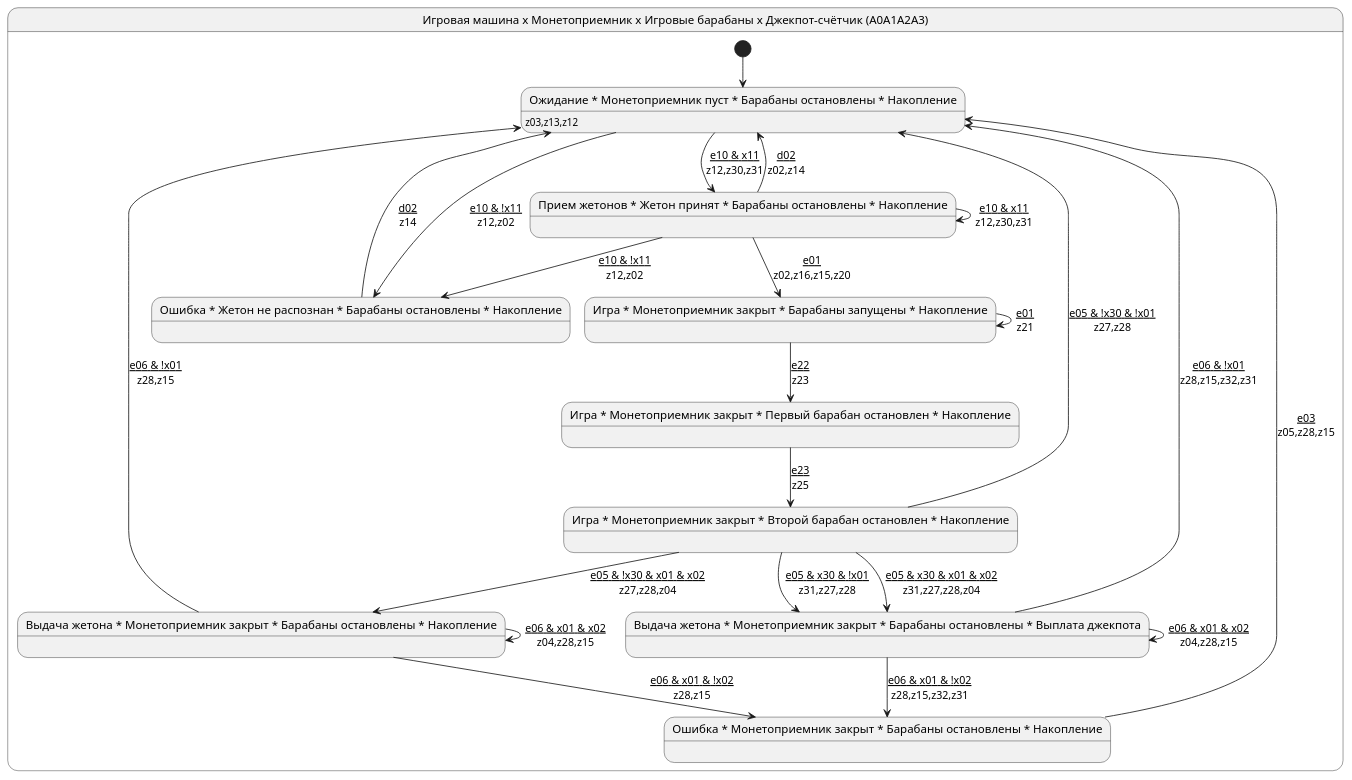
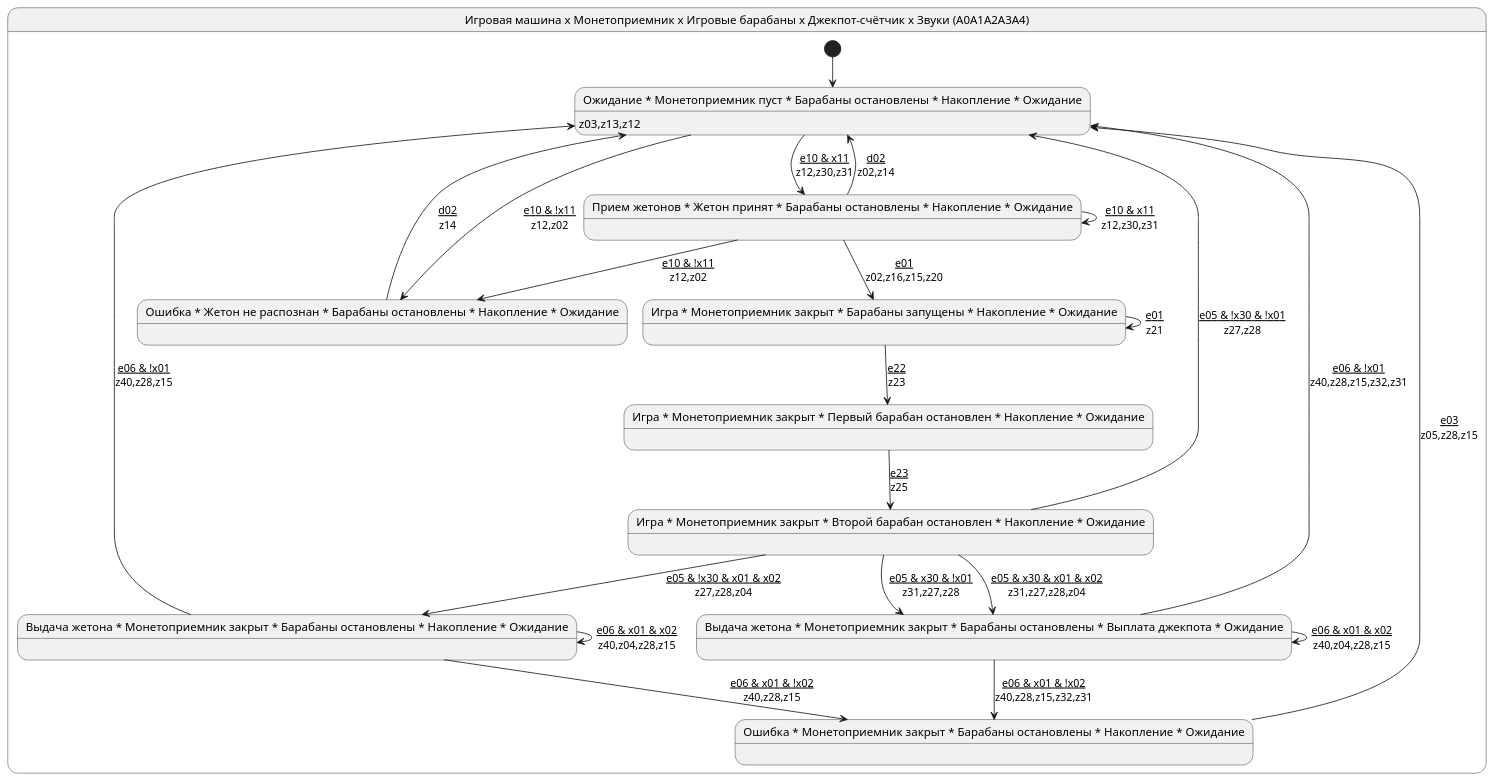
Before and after one commit to PhoenixNazarov/fsm-multiply: the diagram in articles/multiply_many_nested/puml/final.puml, drawn with PlantUML. The commit also changed 13 other files, not shown here.

First line of the commit message:
Regenerate article diagrams/tables/PDF for A4 and fixed nested toUML()

```diff
--- a/articles/multiply_many_nested/puml/final.puml
+++ b/articles/multiply_many_nested/puml/final.puml
@@ -1,36 +1,36 @@
 @startuml
 skinparam backgroundColor white
-state "Игровая машина x Монетоприемник x Игровые барабаны x Джекпот-счётчик (A0A1A2A3)" as A0A1A2A3 {
-    [*] --> A0A1A2A321
-    state "Ожидание * Монетоприемник пуст * Барабаны остановлены * Накопление" as A0A1A2A321 :  z03,z13,z12
-    state "Прием жетонов * Жетон принят * Барабаны остановлены * Накопление" as A0A1A2A35 :  
-    state "Ошибка * Жетон не распознан * Барабаны остановлены * Накопление" as A0A1A2A36 :  
-    state "Игра * Монетоприемник закрыт * Барабаны запущены * Накопление" as A0A1A2A39 :  
-    state "Игра * Монетоприемник закрыт * Первый барабан остановлен * Накопление" as A0A1A2A38 :  
-    state "Игра * Монетоприемник закрыт * Второй барабан остановлен * Накопление" as A0A1A2A310 :  
-    state "Выдача жетона * Монетоприемник закрыт * Барабаны остановлены * Выплата джекпота" as A0A1A2A315 :  
-    state "Выдача жетона * Монетоприемник закрыт * Барабаны остановлены * Накопление" as A0A1A2A318 :  
-    state "Ошибка * Монетоприемник закрыт * Барабаны остановлены * Накопление" as A0A1A2A319 :  
-    A0A1A2A321 --> A0A1A2A35 : <u>e10 & x11\nz12,z30,z31
-    A0A1A2A321 --> A0A1A2A36 : <u>e10 & !x11\nz12,z02
-    A0A1A2A35 --> A0A1A2A321 : <u>d02\nz02,z14
-    A0A1A2A35 --> A0A1A2A39 : <u>e01\nz02,z16,z15,z20
-    A0A1A2A35 --> A0A1A2A35 : <u>e10 & x11\nz12,z30,z31
-    A0A1A2A35 --> A0A1A2A36 : <u>e10 & !x11\nz12,z02
-    A0A1A2A36 --> A0A1A2A321 : <u>d02\nz14
-    A0A1A2A39 --> A0A1A2A38 : <u>e22\nz23
-    A0A1A2A39 --> A0A1A2A39 : <u>e01\nz21
-    A0A1A2A38 --> A0A1A2A310 : <u>e23\nz25
-    A0A1A2A310 --> A0A1A2A315 : <u>e05 & x30 & x01 & x02\nz31,z27,z28,z04
-    A0A1A2A310 --> A0A1A2A315 : <u>e05 & x30 & !x01\nz31,z27,z28
-    A0A1A2A310 --> A0A1A2A318 : <u>e05 & !x30 & x01 & x02\nz27,z28,z04
-    A0A1A2A310 --> A0A1A2A321 : <u>e05 & !x30 & !x01\nz27,z28
-    A0A1A2A315 --> A0A1A2A315 : <u>e06 & x01 & x02\nz04,z28,z15
-    A0A1A2A315 --> A0A1A2A319 : <u>e06 & x01 & !x02\nz28,z15,z32,z31
-    A0A1A2A315 --> A0A1A2A321 : <u>e06 & !x01\nz28,z15,z32,z31
-    A0A1A2A318 --> A0A1A2A318 : <u>e06 & x01 & x02\nz04,z28,z15
-    A0A1A2A318 --> A0A1A2A319 : <u>e06 & x01 & !x02\nz28,z15
-    A0A1A2A318 --> A0A1A2A321 : <u>e06 & !x01\nz28,z15
-    A0A1A2A319 --> A0A1A2A321 : <u>e03\nz05,z28,z15
+state "Игровая машина x Монетоприемник x Игровые барабаны x Джекпот-счётчик x Звуки (A0A1A2A3A4)" as A0A1A2A3A4 {
+    [*] --> A0A1A2A3A421
+    state "Ожидание * Монетоприемник пуст * Барабаны остановлены * Накопление * Ожидание" as A0A1A2A3A421 : <size:14>z03,z13,z12
+    state "Прием жетонов * Жетон принят * Барабаны остановлены * Накопление * Ожидание" as A0A1A2A3A45 : 
+    state "Ошибка * Жетон не распознан * Барабаны остановлены * Накопление * Ожидание" as A0A1A2A3A46 : 
+    state "Игра * Монетоприемник закрыт * Барабаны запущены * Накопление * Ожидание" as A0A1A2A3A49 : 
+    state "Игра * Монетоприемник закрыт * Первый барабан остановлен * Накопление * Ожидание" as A0A1A2A3A48 : 
+    state "Игра * Монетоприемник закрыт * Второй барабан остановлен * Накопление * Ожидание" as A0A1A2A3A410 : 
+    state "Выдача жетона * Монетоприемник закрыт * Барабаны остановлены * Выплата джекпота * Ожидание" as A0A1A2A3A415 : 
+    state "Выдача жетона * Монетоприемник закрыт * Барабаны остановлены * Накопление * Ожидание" as A0A1A2A3A418 : 
+    state "Ошибка * Монетоприемник закрыт * Барабаны остановлены * Накопление * Ожидание" as A0A1A2A3A419 : 
+    A0A1A2A3A421 --> A0A1A2A3A45 : <u>e10 & x11\nz12,z30,z31
+    A0A1A2A3A421 --> A0A1A2A3A46 : <u>e10 & !x11\nz12,z02
+    A0A1A2A3A45 --> A0A1A2A3A421 : <u>d02\nz02,z14
+    A0A1A2A3A45 --> A0A1A2A3A49 : <u>e01\nz02,z16,z15,z20
+    A0A1A2A3A45 --> A0A1A2A3A45 : <u>e10 & x11\nz12,z30,z31
+    A0A1A2A3A45 --> A0A1A2A3A46 : <u>e10 & !x11\nz12,z02
+    A0A1A2A3A46 --> A0A1A2A3A421 : <u>d02\nz14
+    A0A1A2A3A49 --> A0A1A2A3A48 : <u>e22\nz23
+    A0A1A2A3A49 --> A0A1A2A3A49 : <u>e01\nz21
+    A0A1A2A3A48 --> A0A1A2A3A410 : <u>e23\nz25
+    A0A1A2A3A410 --> A0A1A2A3A415 : <u>e05 & x30 & x01 & x02\nz31,z27,z28,z04
+    A0A1A2A3A410 --> A0A1A2A3A415 : <u>e05 & x30 & !x01\nz31,z27,z28
+    A0A1A2A3A410 --> A0A1A2A3A418 : <u>e05 & !x30 & x01 & x02\nz27,z28,z04
+    A0A1A2A3A410 --> A0A1A2A3A421 : <u>e05 & !x30 & !x01\nz27,z28
+    A0A1A2A3A415 --> A0A1A2A3A415 : <u>e06 & x01 & x02\nz40,z04,z28,z15
+    A0A1A2A3A415 --> A0A1A2A3A419 : <u>e06 & x01 & !x02\nz40,z28,z15,z32,z31
+    A0A1A2A3A415 --> A0A1A2A3A421 : <u>e06 & !x01\nz40,z28,z15,z32,z31
+    A0A1A2A3A418 --> A0A1A2A3A418 : <u>e06 & x01 & x02\nz40,z04,z28,z15
+    A0A1A2A3A418 --> A0A1A2A3A419 : <u>e06 & x01 & !x02\nz40,z28,z15
+    A0A1A2A3A418 --> A0A1A2A3A421 : <u>e06 & !x01\nz40,z28,z15
+    A0A1A2A3A419 --> A0A1A2A3A421 : <u>e03\nz05,z28,z15
 }
 @enduml
```
